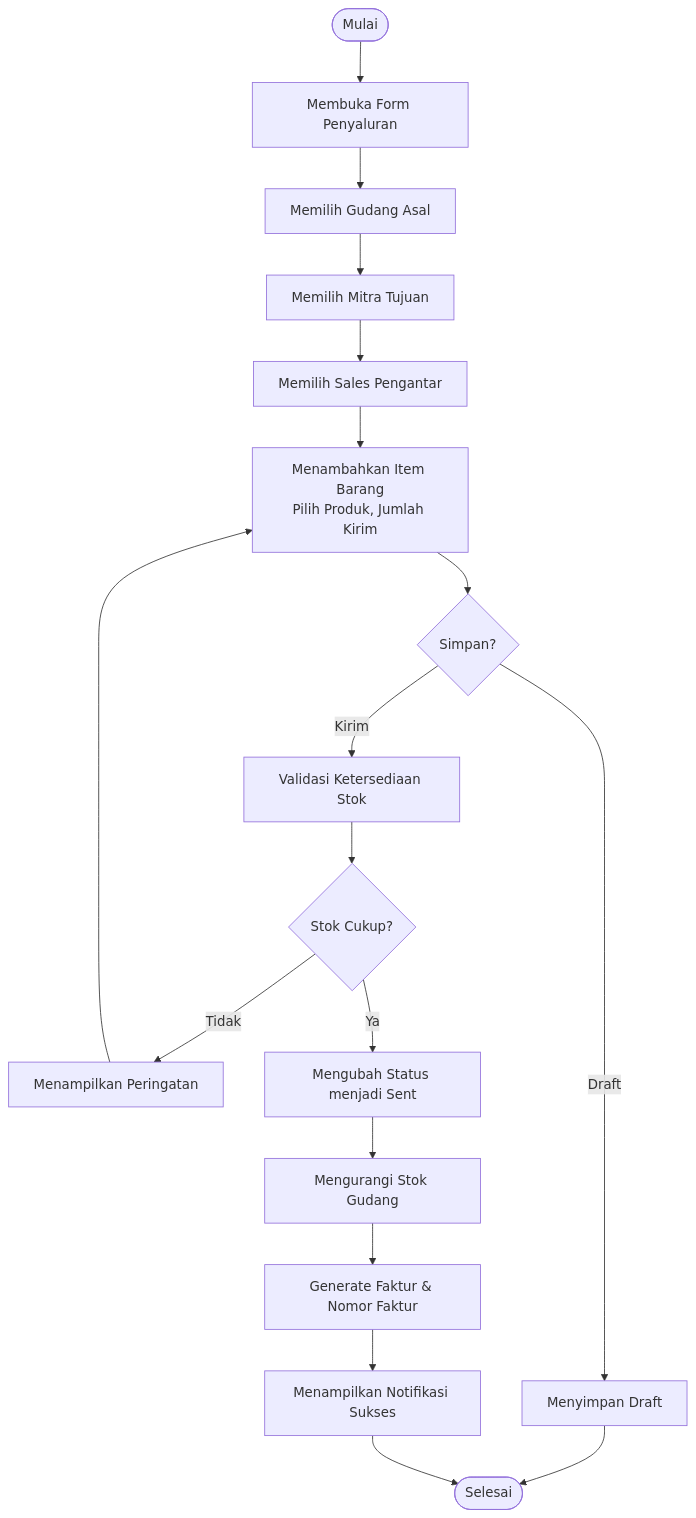
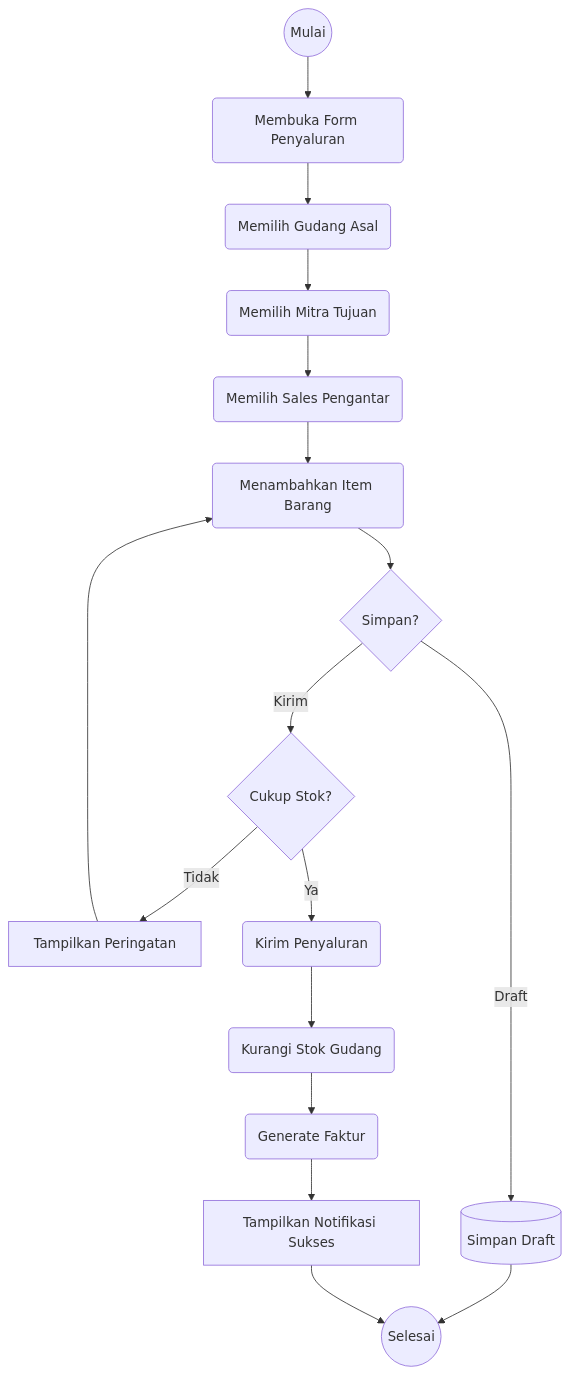
The fifth of 8 diagrams in diagram-mermaid.md (MuhamadAdhiWinata/Sistem-Informasi-Konsinyasi), drawn with Mermaid before and after one commit. The commit also changed other lines of this file and 5 other files, not shown here.

````diff
--- a/diagram-mermaid.md
+++ b/diagram-mermaid.md
@@ -430,20 +451,20 @@
 ```mermaid
 flowchart TD
-    Start([Mulai]) --> A[Membuka Form Penyaluran]
-    A --> B[Memilih Gudang Asal]
-    B --> C[Memilih Mitra Tujuan]
-    C --> D[Memilih Sales Pengantar]
-    D --> E[Menambahkan Item Barang\nPilih Produk, Jumlah Kirim]
-    E --> F{Simpan?}
-    F -->|Draft| G[Menyimpan Draft]
-    F -->|Kirim| H[Validasi Ketersediaan Stok]
-    H --> I{Stok Cukup?}
-    I -->|Tidak| J[Menampilkan Peringatan]
-    J --> E
-    I -->|Ya| K[Mengubah Status menjadi Sent]
-    K --> L[Mengurangi Stok Gudang]
-    L --> M[Generate Faktur & Nomor Faktur]
-    M --> N[Menampilkan Notifikasi Sukses]
-    G --> End([Selesai])
-    N --> End
+    Start((Mulai))
+    Start --> A1(Membuka Form Penyaluran)
+    A1 --> A2(Memilih Gudang Asal)
+    A2 --> A3(Memilih Mitra Tujuan)
+    A3 --> A4(Memilih Sales Pengantar)
+    A4 --> A5(Menambahkan Item Barang)
+    A5 --> D1{Simpan?}
+    D1 -->|Draft| E1[(Simpan Draft)]
+    D1 -->|Kirim| D2{Cukup Stok?}
+    D2 -->|Tidak| Err1[Tampilkan Peringatan]
+    Err1 --> A5
+    D2 -->|Ya| A6(Kirim Penyaluran)
+    A6 --> A7(Kurangi Stok Gudang)
+    A7 --> A8(Generate Faktur)
+    A8 --> Notif1[Tampilkan Notifikasi Sukses]
+    E1 --> End((Selesai))
+    Notif1 --> End
 ```
````
